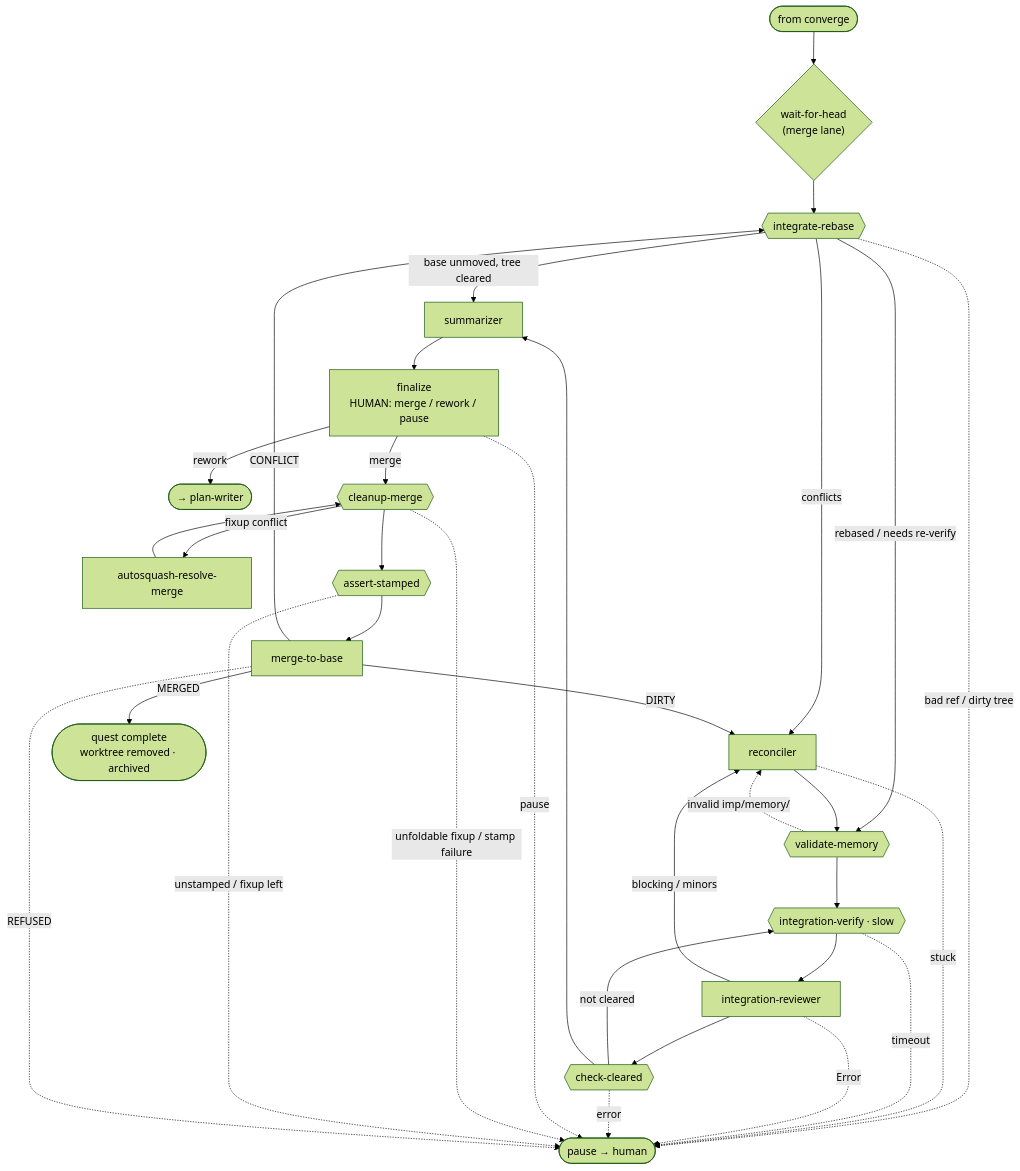
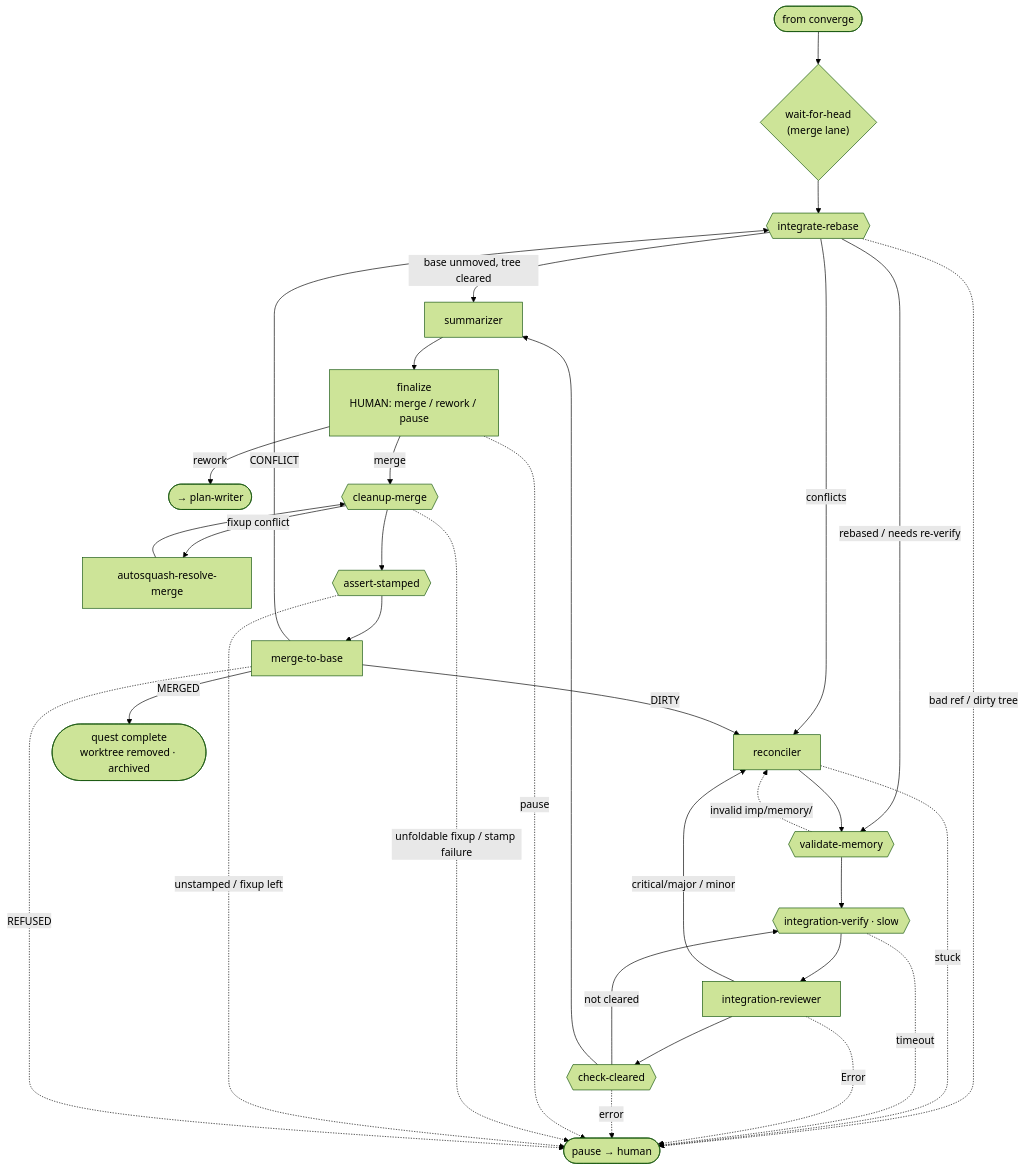
Before and after one commit to jpoimboe/imp: diagram 13 of 13 in docs/internals/architecture.md, drawn with Mermaid (forest theme). The commit also changed other lines of this file and 1 other file, not shown here.

First line of the commit message:
docs: architecture names the severity counts, not the blocking verdict

````diff
--- a/docs/internals/architecture.md
+++ b/docs/internals/architecture.md
@@ -298,35 +298,35 @@
 ```mermaid
 flowchart TD
   in([from converge]) --> WFH{"wait-for-head<br/>(merge lane)"}
   WFH --> IR{{"integrate-rebase"}}
   IR -->|"base unmoved, tree cleared"| SUM
   IR -->|"rebased / needs re-verify"| VM
   IR -->|conflicts| REC["reconciler"]
   IR -. "bad ref / dirty tree" .-> HUMAN([pause → human])
   REC --> VM{{"validate-memory"}}
   REC -. stuck .-> HUMAN
   VM -. "invalid imp/memory/" .-> REC
   VM --> IV{{"integration-verify · slow"}}
   IV -. timeout .-> HUMAN
   IV --> IRV["integration-reviewer"]
-  IRV -->|"blocking / minors"| REC
+  IRV -->|"critical/major / minor"| REC
   IRV -. Error .-> HUMAN
   IRV --> CC{{"check-cleared"}}
   CC -->|"not cleared"| IV
   CC -. error .-> HUMAN
   CC --> SUM["summarizer"]
   SUM --> FIN["finalize<br/>HUMAN: merge / rework / pause"]
   FIN -->|rework| back([→ plan-writer])
   FIN -. pause .-> HUMAN
   FIN -->|merge| CM{{"cleanup-merge"}}
   CM -->|"fixup conflict"| ASR["autosquash-resolve-merge"]
   ASR --> CM
   CM -. "unfoldable fixup / stamp failure" .-> HUMAN
   CM --> AST{{"assert-stamped"}}
   AST -. "unstamped / fixup left" .-> HUMAN
   AST --> M2B["merge-to-base"]
   M2B -->|MERGED| done([quest complete<br/>worktree removed · archived])
   M2B -->|CONFLICT| IR
   M2B -->|DIRTY| REC
   M2B -. REFUSED .-> HUMAN
 ```
````
